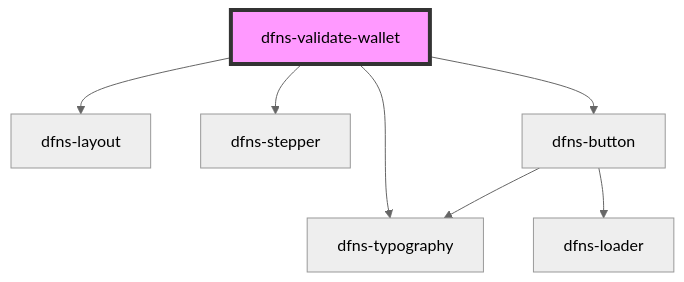
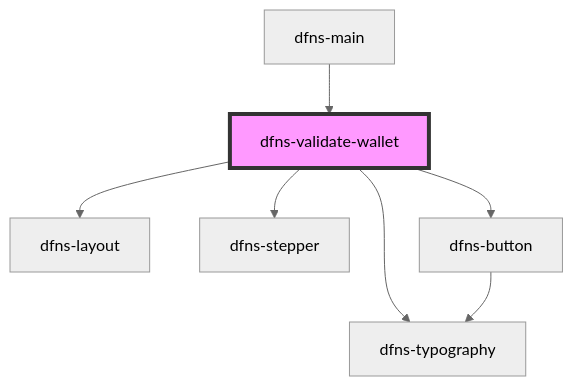
The diagram in src/components/Pages/dfns-validate-wallet/readme.md (dfnsext/web-ui), drawn with Mermaid (neutral theme) before and after one commit. The commit also changed other lines of this file and 23 other files, not shown here.

````diff
--- a/src/components/Pages/dfns-validate-wallet/readme.md
+++ b/src/components/Pages/dfns-validate-wallet/readme.md
@@ -37,10 +29,10 @@
 ```mermaid
 graph TD;
   dfns-validate-wallet --> dfns-layout
   dfns-validate-wallet --> dfns-typography
   dfns-validate-wallet --> dfns-stepper
   dfns-validate-wallet --> dfns-button
   dfns-button --> dfns-typography
-  dfns-button --> dfns-loader
+  dfns-main --> dfns-validate-wallet
   style dfns-validate-wallet fill:#f9f,stroke:#333,stroke-width:4px
 ```
````
